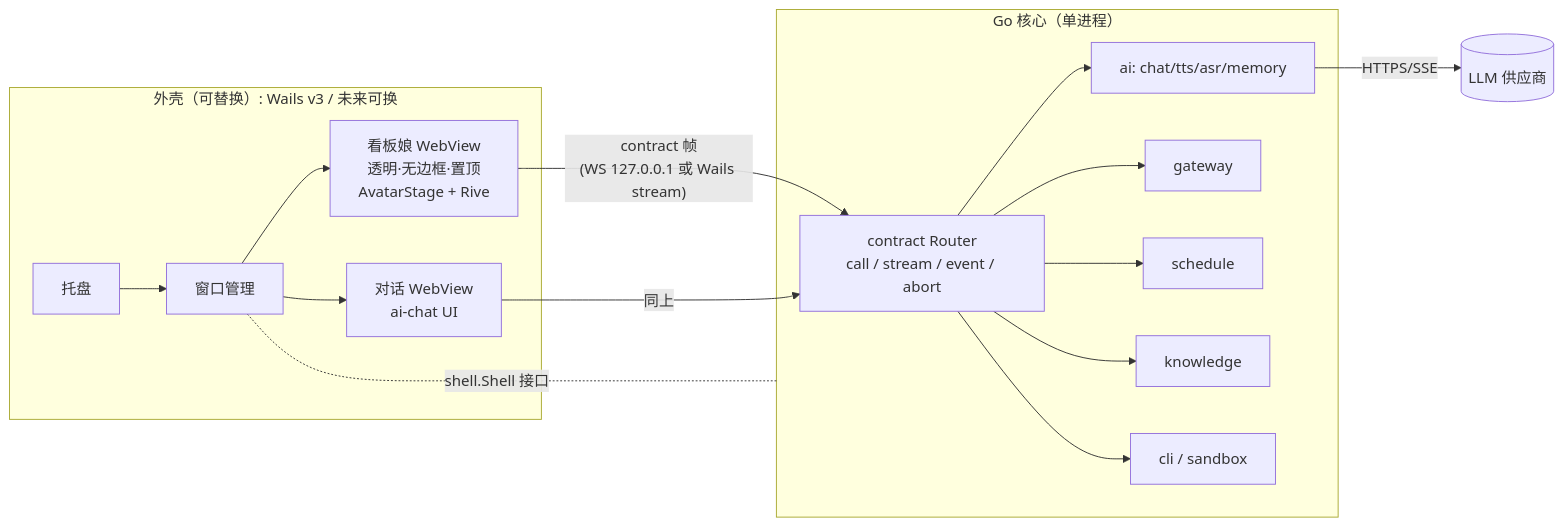
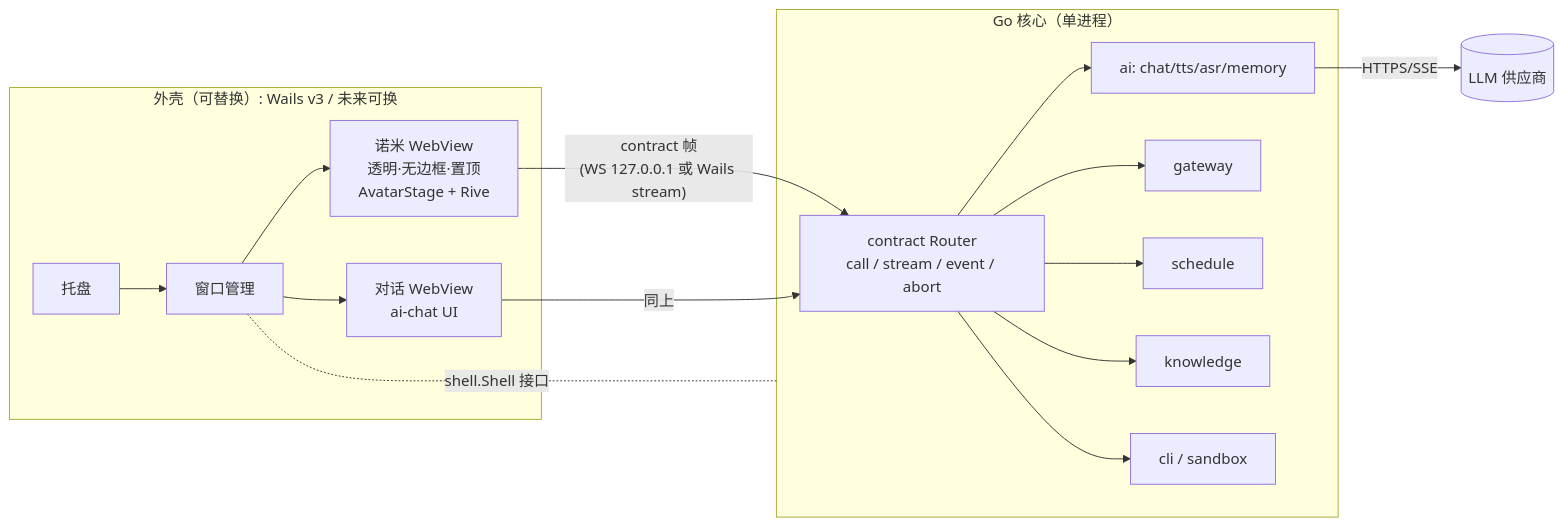
Before and after one commit to Cookieboty/nomi-ai: the diagram in docs/design/arch-go-wails.md, drawn with Mermaid. The commit also changed other lines of this file and 289 other files, not shown here.

````diff
--- a/docs/design/arch-go-wails.md
+++ b/docs/design/arch-go-wails.md
@@ -20,21 +20,21 @@
 ```mermaid
 flowchart LR
   subgraph Shell["外壳（可替换）: Wails v3 / 未来可换"]
     Tray[托盘] --> WM[窗口管理]
-    WM --> MW["看板娘 WebView<br/>透明·无边框·置顶<br/>AvatarStage + Rive"]
+    WM --> MW["诺米 WebView<br/>透明·无边框·置顶<br/>AvatarStage + Rive"]
     WM --> CW["对话 WebView<br/>ai-chat UI"]
   end
   subgraph Core["Go 核心（单进程）"]
     Router["contract Router<br/>call / stream / event / abort"]
     AI[ai: chat/tts/asr/memory]
     GW[gateway]
     SCH[schedule]
     KN[knowledge]
     CLI[cli / sandbox]
     Router --> AI & GW & SCH & KN & CLI
   end
   MW -- "contract 帧<br/>(WS 127.0.0.1 或 Wails stream)" --> Router
   CW -- 同上 --> Router
   WM -. "shell.Shell 接口" .- Core
   AI -- HTTPS/SSE --> LLM[(LLM 供应商)]
 ```
````
